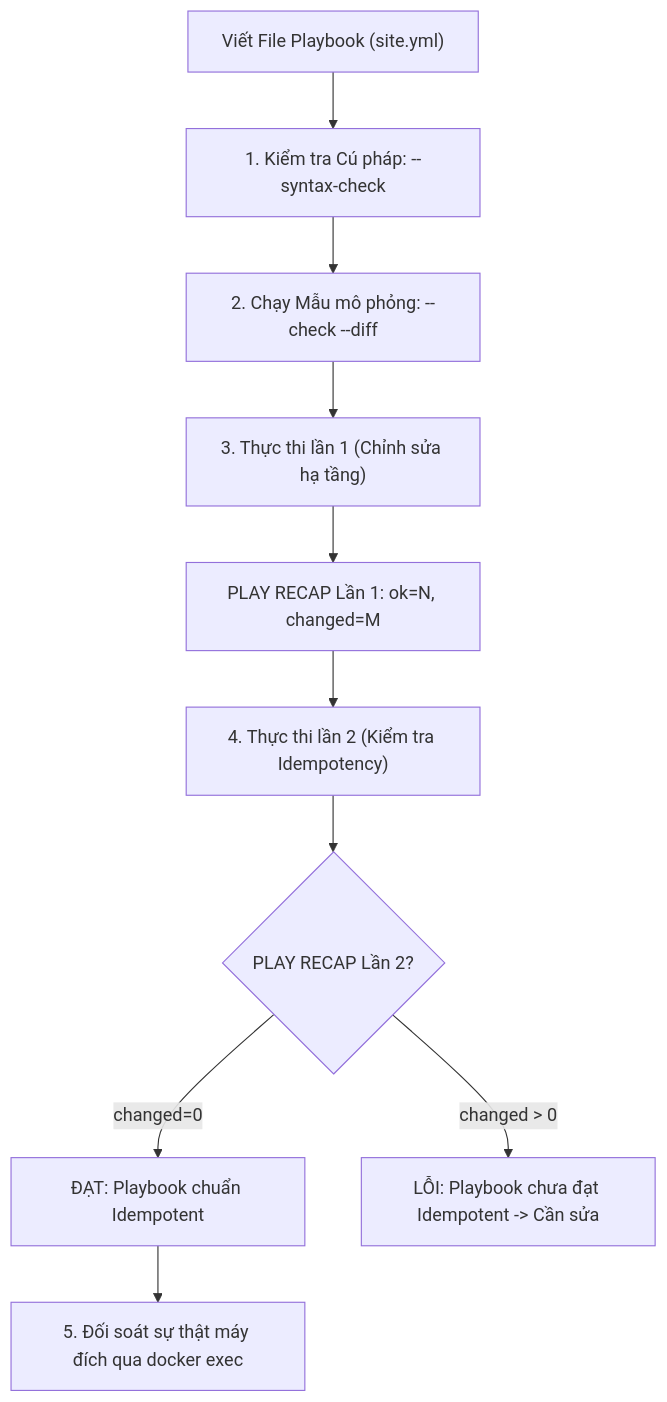
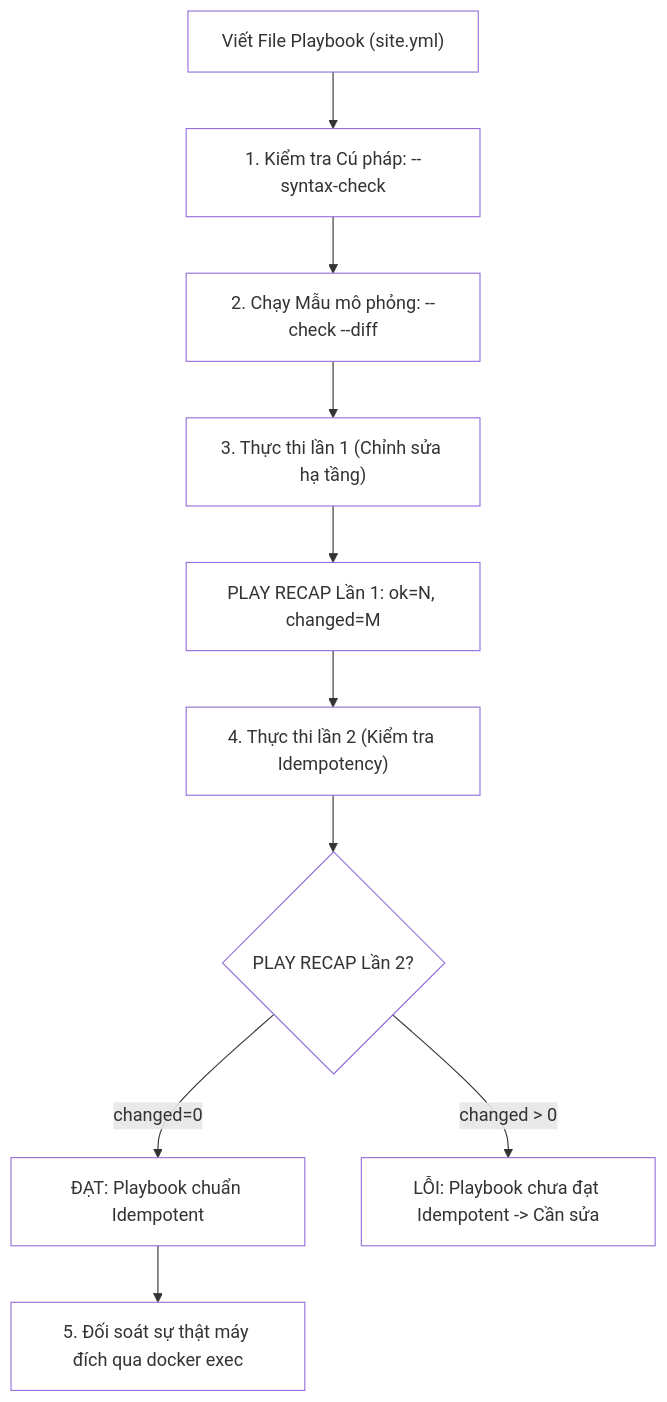
The second of 3 diagrams in _posts/2026-09-13-ansible-05-05-playbook-dau-tien.md (kiennt308/ntk), drawn with Mermaid before and after one commit. The commit also changed other lines of this file and 30 other files, not shown here.

````diff
--- a/_posts/2026-09-13-ansible-05-05-playbook-dau-tien.md
+++ b/_posts/2026-09-13-ansible-05-05-playbook-dau-tien.md
@@ -320,12 +329,23 @@
 ```mermaid
 flowchart TD
     A["Viết File Playbook (site.yml)"] --> B["1. Kiểm tra Cú pháp: --syntax-check"]
     B --> C["2. Chạy Mẫu mô phỏng: --check --diff"]
     C --> D["3. Thực thi lần 1 (Chỉnh sửa hạ tầng)"]
     D --> E["PLAY RECAP Lần 1: ok=N, changed=M"]
     E --> F["4. Thực thi lần 2 (Kiểm tra Idempotency)"]
     F --> G{"PLAY RECAP Lần 2?"}
     G -- changed=0 --> H["ĐẠT: Playbook chuẩn Idempotent"]
     G -- changed > 0 --> I["LỖI: Playbook chưa đạt Idempotent -> Cần sửa"]
     H --> J["5. Đối soát sự thật máy đích qua docker exec"]
+
+    style A fill:none
+    style B fill:none
+    style C fill:none
+    style D fill:none
+    style E fill:none
+    style F fill:none
+    style G fill:none
+    style H fill:none
+    style I fill:none
+    style J fill:none
 ```
````
